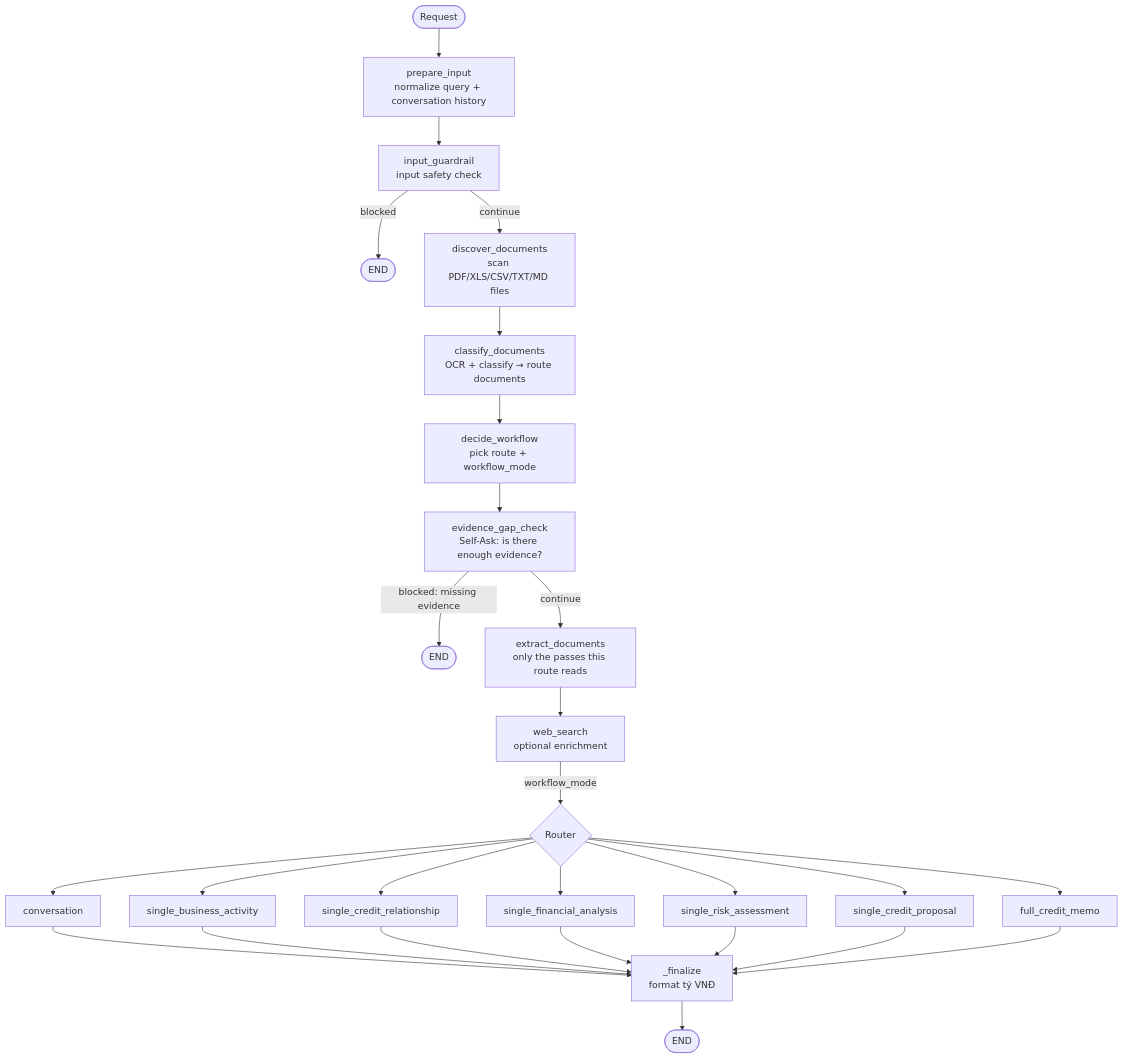
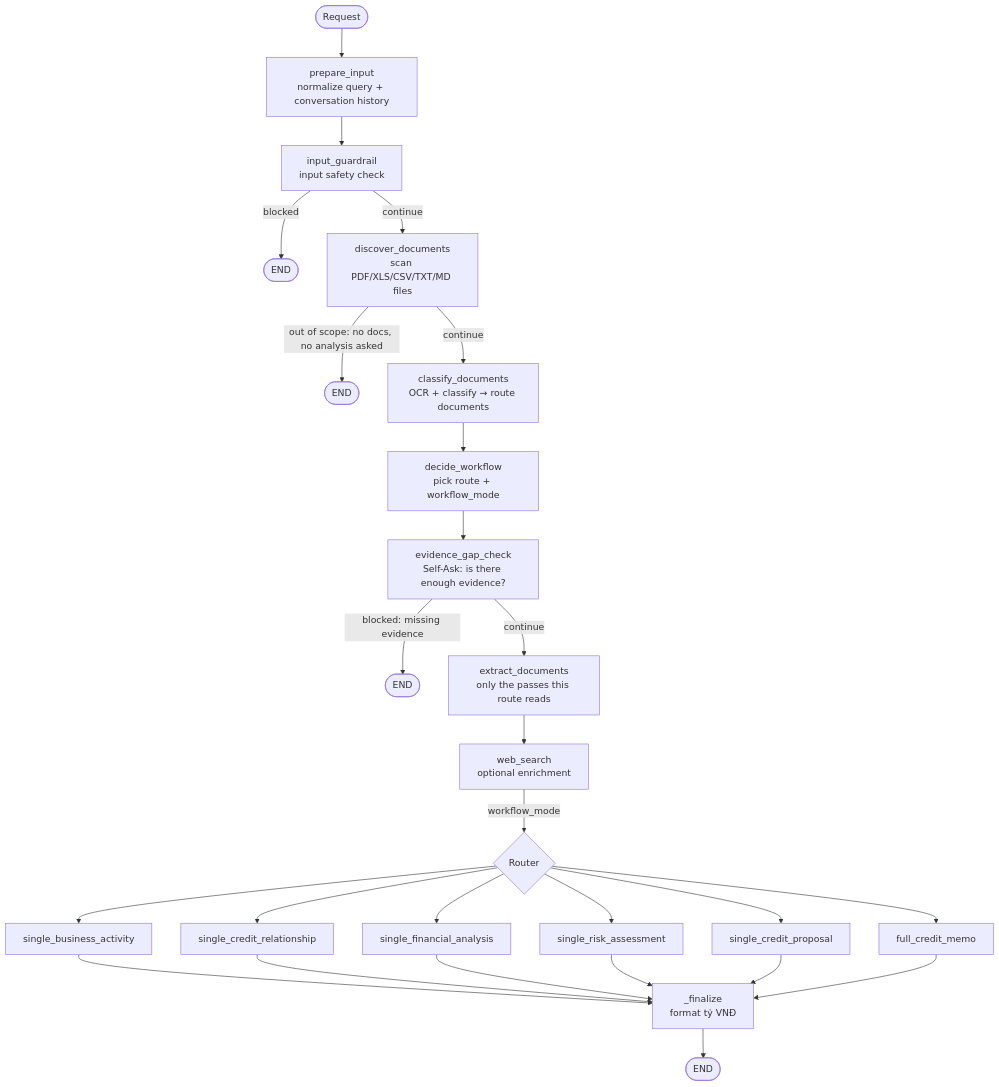
One commit to hodongtu/SME-creditmemo-multi-agent changed the diagram in README.md. Above: the diagram before and after it, drawn with Mermaid. The commit also changed other lines of this file and 5 other files, not shown here.

````diff
--- a/README.md
+++ b/README.md
@@ -69,23 +69,23 @@
 ```mermaid
 flowchart TD
     START([Request]) --> A[prepare_input<br/>normalize query + conversation history]
     A --> B[input_guardrail<br/>input safety check]
     B -->|blocked| E1([END])
     B -->|continue| C[discover_documents<br/>scan PDF/XLS/CSV/TXT/MD files]
-    C --> D[classify_documents<br/>OCR + classify → route documents]
+    C -->|out of scope: no docs, no analysis asked| E3([END])
+    C -->|continue| D[classify_documents<br/>OCR + classify → route documents]
     D --> F[decide_workflow<br/>pick route + workflow_mode]
     F --> G[evidence_gap_check<br/>Self-Ask: is there enough evidence?]
     G -->|blocked: missing evidence| E2([END])
     G -->|continue| X[extract_documents<br/>only the passes this route reads]
     X --> H[web_search<br/>optional enrichment]
     H -->|workflow_mode| R{Router}
-    R --> W1[conversation]
     R --> W2[single_business_activity]
     R --> W3[single_credit_relationship]
     R --> W4[single_financial_analysis]
     R --> W5[single_risk_assessment]
     R --> W6[single_credit_proposal]
     R --> W7[full_credit_memo]
-    W1 & W2 & W3 & W4 & W5 & W6 & W7 --> FIN[_finalize<br/>format tỷ VNĐ]
+    W2 & W3 & W4 & W5 & W6 & W7 --> FIN[_finalize<br/>format tỷ VNĐ]
     FIN --> ENDN([END])
 ```
````
